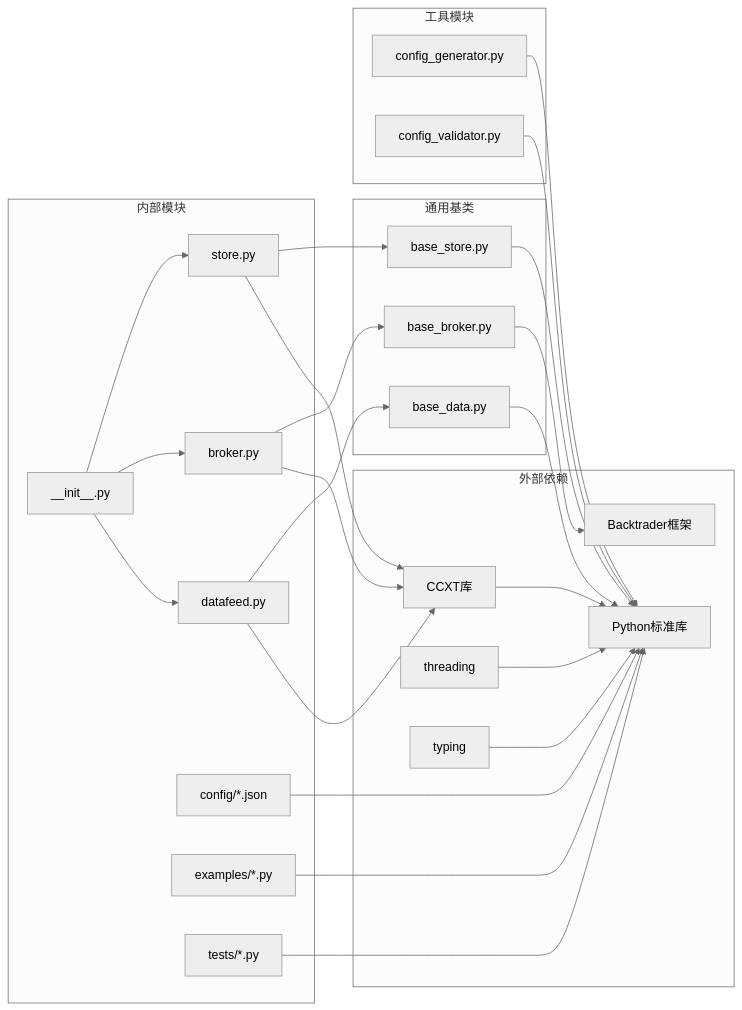
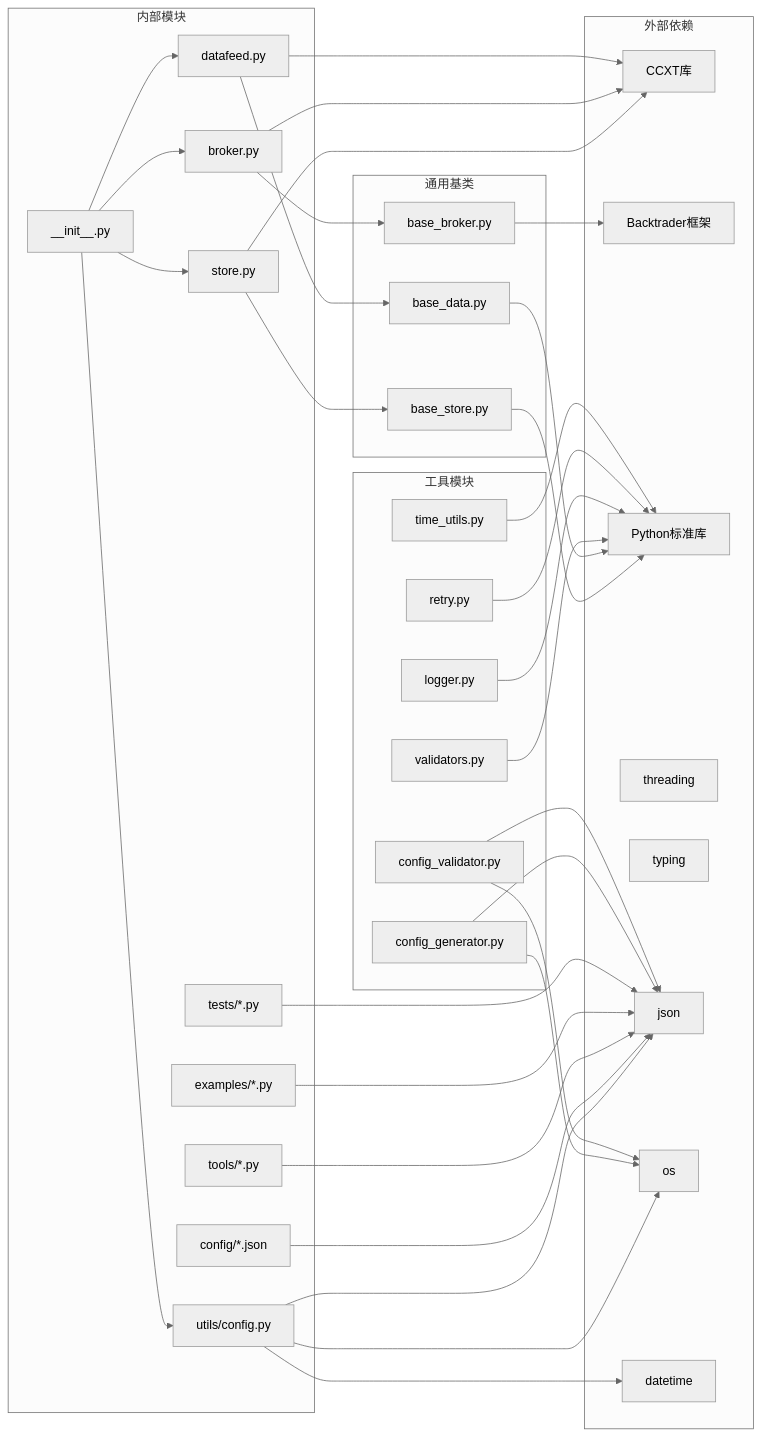
One commit to bench-prog/backtrader changed the sixth of 6 diagrams in .qoder/repowiki/zh/content/实盘交易模块/Binance交易所集成/Binance交易所集成.md. Above: the diagram before and after it, drawn with Mermaid (neutral theme). The commit also changed other lines of this file and 4 other files, not shown here.

````diff
--- a/.qoder/repowiki/zh/content/实盘交易模块/Binance交易所集成/Binance交易所集成.md
+++ b/.qoder/repowiki/zh/content/实盘交易模块/Binance交易所集成/Binance交易所集成.md
@@ -504,48 +560,65 @@
 ```mermaid
 graph LR
 subgraph "外部依赖"
 A[CCXT库]
 B[Backtrader框架]
 C[Python标准库]
 D[threading]
 E[typing]
+F[json]
+G[os]
+H[datetime]
 end
 subgraph "内部模块"
-F[__init__.py]
-G[store.py]
-H[broker.py]
-I[datafeed.py]
-J[config/*.json]
-K[examples/*.py]
-L[tests/*.py]
+I[__init__.py]
+J[store.py]
+K[broker.py]
+L[datafeed.py]
+M[utils/config.py]
+N[config/*.json]
+O[tools/*.py]
+P[examples/*.py]
+Q[tests/*.py]
 end
 subgraph "通用基类"
-M[base_store.py]
-N[base_broker.py]
-O[base_data.py]
+R[base_store.py]
+S[base_broker.py]
+T[base_data.py]
 end
 subgraph "工具模块"
-P[config_generator.py]
-Q[config_validator.py]
+U[config_generator.py]
+V[config_validator.py]
+W[validators.py]
+X[logger.py]
+Y[retry.py]
+Z[time_utils.py]
 end
-F --> G
-F --> H
-F --> I
-G --> M
-H --> N
-I --> O
-G --> A
-H --> A
-I --> A
-J --> C
-K --> C
-L --> C
-M --> C
-N --> B
-O --> C
-P --> C
-Q --> C
-A --> C
-D --> C
-E --> C
+I --> J
+I --> K
+I --> L
+I --> M
+J --> R
+K --> S
+L --> T
+J --> A
+K --> A
+L --> A
+M --> F
+M --> G
+M --> H
+N --> F
+O --> F
+P --> F
+Q --> F
+R --> C
+S --> B
+T --> C
+U --> F
+U --> G
+V --> F
+V --> G
+W --> C
+X --> C
+Y --> C
+Z --> C
 ```
````
